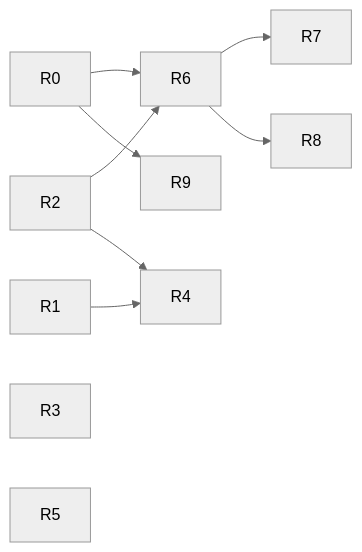
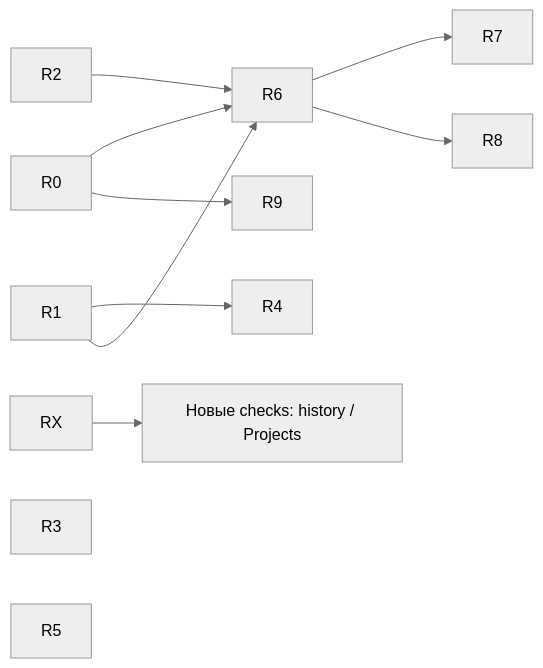
The diagram in docs/design/modularity/MODULARIZATION_ROADMAP.md (tsyyan/buddie), drawn with Mermaid (neutral theme) before and after one commit. The commit also changed other lines of this file and 4 other files, not shown here.

Commit message:
docs: resolve modular architecture review D1-D7 and reproduce audit

````diff
--- a/docs/design/modularity/MODULARIZATION_ROADMAP.md
+++ b/docs/design/modularity/MODULARIZATION_ROADMAP.md
@@ -128,12 +132,13 @@
 ```mermaid
 graph LR
   R0 --> R6
   R2 --> R6
   R1 --> R4
-  R2 --> R4
+  R1 --> R6
+  RX --> NEW[Новые checks: history / Projects]
   R6 --> R7
   R6 --> R8
   R0 --> R9
   R3
   R5
 ```
````
